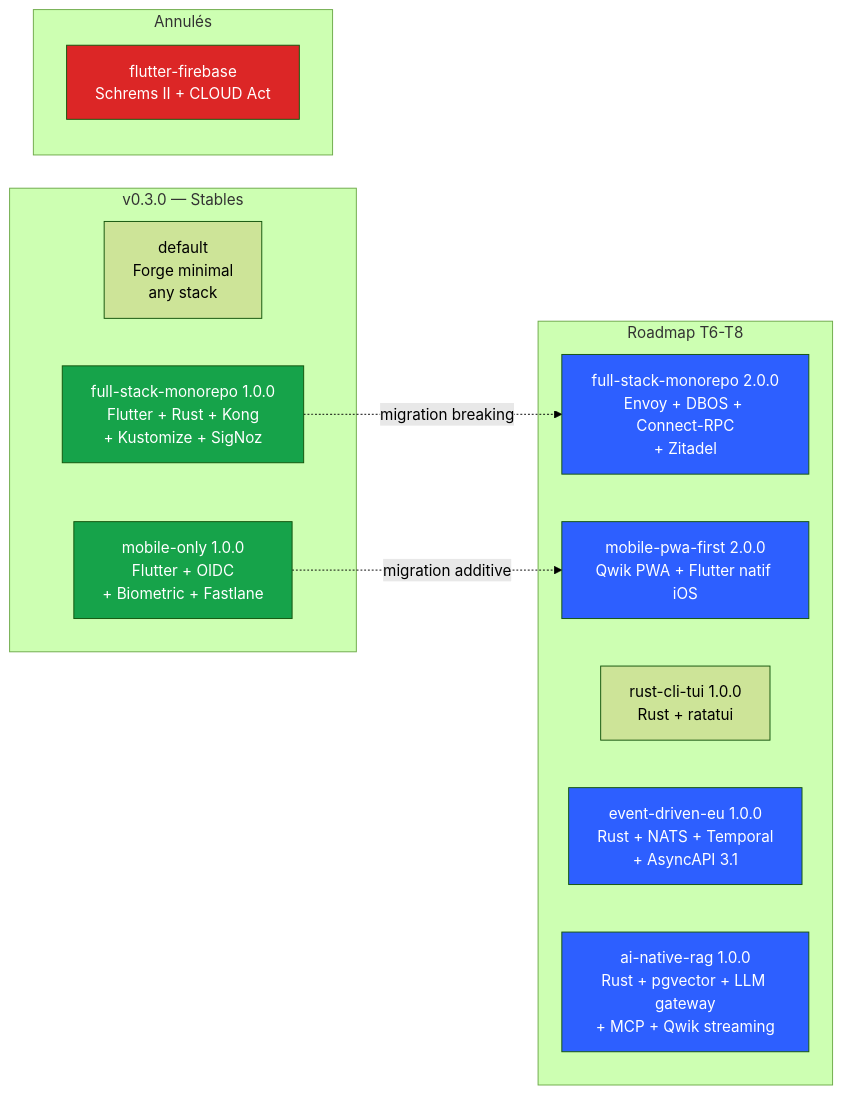
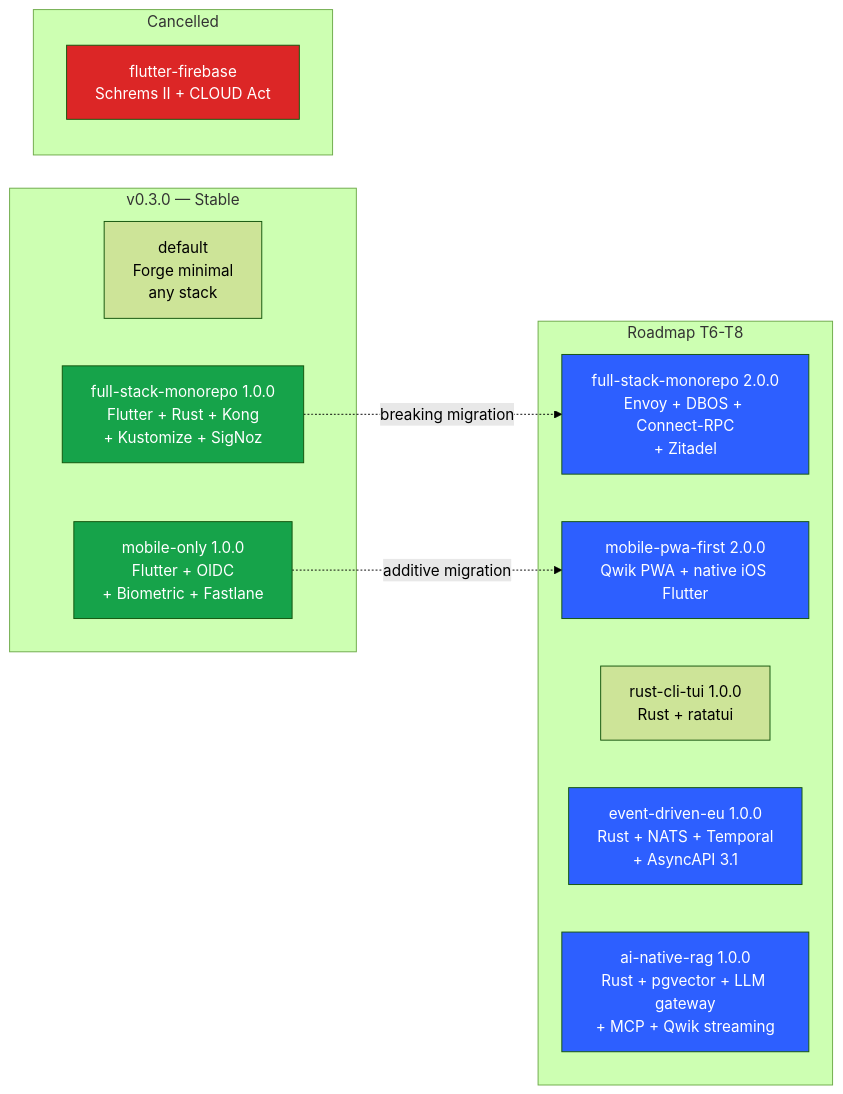
Before and after one commit to b-fontaine/forge: the sixth of 9 diagrams in docs/medium.md, drawn with Mermaid (forest theme). The commit also changed other lines of this file and 8 other files, not shown here.

````diff
--- a/docs/medium.md
+++ b/docs/medium.md
@@ -312,31 +312,31 @@
 ```mermaid
 graph LR
-    subgraph "v0.3.0 — Stables"
+    subgraph "v0.3.0 — Stable"
       D[default<br/>Forge minimal<br/>any stack]
       FSM[full-stack-monorepo 1.0.0<br/>Flutter + Rust + Kong<br/>+ Kustomize + SigNoz]
       MOB[mobile-only 1.0.0<br/>Flutter + OIDC<br/>+ Biometric + Fastlane]
     end
 
     subgraph "Roadmap T6-T8"
       FSM2[full-stack-monorepo 2.0.0<br/>Envoy + DBOS + Connect-RPC<br/>+ Zitadel]
-      MOBPWA[mobile-pwa-first 2.0.0<br/>Qwik PWA + Flutter natif iOS]
+      MOBPWA[mobile-pwa-first 2.0.0<br/>Qwik PWA + native iOS Flutter]
       RUST[rust-cli-tui 1.0.0<br/>Rust + ratatui]
       EVT[event-driven-eu 1.0.0<br/>Rust + NATS + Temporal<br/>+ AsyncAPI 3.1]
       AI[ai-native-rag 1.0.0<br/>Rust + pgvector + LLM gateway<br/>+ MCP + Qwik streaming]
     end
 
-    subgraph "Annulés"
+    subgraph "Cancelled"
       FF[flutter-firebase<br/>Schrems II + CLOUD Act]
     end
 
-    FSM -.migration breaking.-> FSM2
-    MOB -.migration additive.-> MOBPWA
+    FSM -.breaking migration.-> FSM2
+    MOB -.additive migration.-> MOBPWA
 
     style FSM fill:#16a34a,color:#fff
     style MOB fill:#16a34a,color:#fff
     style FF fill:#dc2626,color:#fff
     style FSM2 fill:#2d5fff,color:#fff
     style MOBPWA fill:#2d5fff,color:#fff
     style EVT fill:#2d5fff,color:#fff
     style AI fill:#2d5fff,color:#fff
 ```
````
